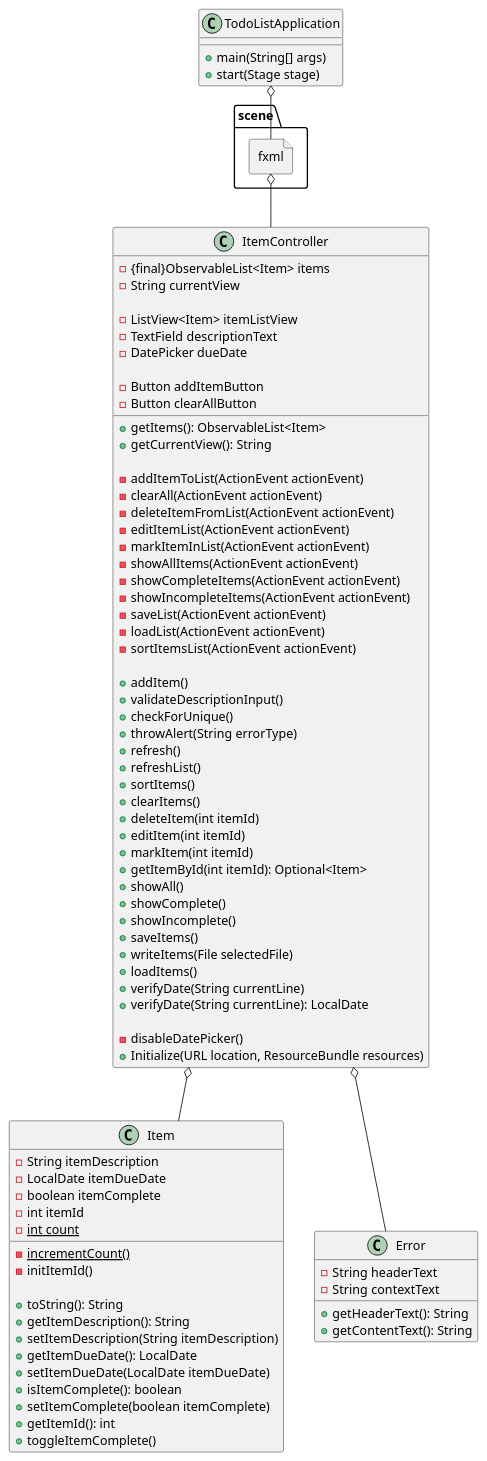
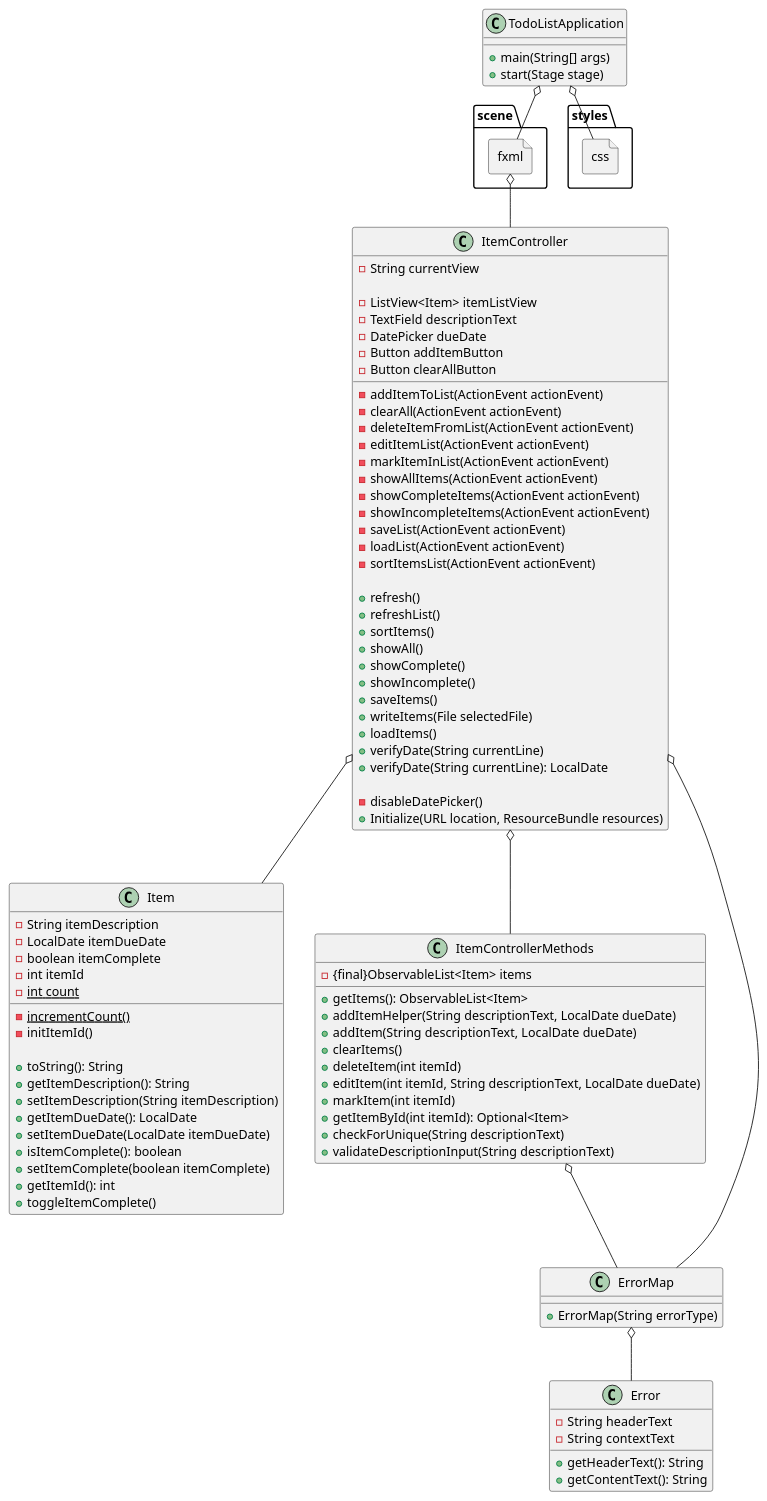
Before and after one commit to nader-fares/fares-app1-impl: the diagram in javafxApp/docs/main.puml, drawn with PlantUML. The commit also changed 21 other files, not shown here.

Commit message:
add class to handle controller logic for extra layer of abstraction, update uml

```diff
--- a/javafxApp/docs/main.puml
+++ b/javafxApp/docs/main.puml
@@ -1,95 +1,104 @@
 @startuml
 'https://plantuml.com/sequence-diagram
 
 class TodoListApplication {
 +main(String[] args)
 +start(Stage stage)
 }
 
 class Item {
 -String itemDescription
 -LocalDate itemDueDate
 -boolean itemComplete
 -int itemId
 -{static}int count
 -{static}incrementCount()
 -initItemId()
 
 +toString(): String
 +getItemDescription(): String
 +setItemDescription(String itemDescription)
 +getItemDueDate(): LocalDate
 +setItemDueDate(LocalDate itemDueDate)
 +isItemComplete(): boolean
 +setItemComplete(boolean itemComplete)
 +getItemId(): int
 +toggleItemComplete()
 }
 
+class ItemControllerMethods {
+-{final}ObservableList<Item> items
++getItems(): ObservableList<Item>
++addItemHelper(String descriptionText, LocalDate dueDate)
++addItem(String descriptionText, LocalDate dueDate)
++clearItems()
++deleteItem(int itemId)
++editItem(int itemId, String descriptionText, LocalDate dueDate)
++markItem(int itemId)
++getItemById(int itemId): Optional<Item>
++checkForUnique(String descriptionText)
++validateDescriptionInput(String descriptionText)
+}
+
 class ItemController {
--{final}ObservableList<Item> items
 -String currentView
 
 -ListView<Item> itemListView
 -TextField descriptionText
 -DatePicker dueDate
-
 -Button addItemButton
 -Button clearAllButton
-
-+getItems(): ObservableList<Item>
-+getCurrentView(): String
 
 -addItemToList(ActionEvent actionEvent)
 -clearAll(ActionEvent actionEvent)
 -deleteItemFromList(ActionEvent actionEvent)
 -editItemList(ActionEvent actionEvent)
 -markItemInList(ActionEvent actionEvent)
 -showAllItems(ActionEvent actionEvent)
 -showCompleteItems(ActionEvent actionEvent)
 -showIncompleteItems(ActionEvent actionEvent)
 -saveList(ActionEvent actionEvent)
 -loadList(ActionEvent actionEvent)
 -sortItemsList(ActionEvent actionEvent)
 
-+addItem()
-+validateDescriptionInput()
-+checkForUnique()
-+throwAlert(String errorType)
 +refresh()
 +refreshList()
 +sortItems()
-+clearItems()
-+deleteItem(int itemId)
-+editItem(int itemId)
-+markItem(int itemId)
-+getItemById(int itemId): Optional<Item>
 +showAll()
 +showComplete()
 +showIncomplete()
 +saveItems()
 +writeItems(File selectedFile)
 +loadItems()
 +verifyDate(String currentLine)
 +verifyDate(String currentLine): LocalDate
 
 -disableDatePicker()
 +Initialize(URL location, ResourceBundle resources)
 }
 
 class Error {
 -String headerText
 -String contextText
 +getHeaderText(): String
 +getContentText(): String
 }
 
+class ErrorMap {
++ErrorMap(String errorType)
+}
+
 file scene.fxml {
 }
-
+file styles.css {
+}
 scene.fxml o-- ItemController
+TodoListApplication o-- styles.css
 TodoListApplication o-- scene.fxml
 ItemController o-- Item
-ItemController o-- Error
+ItemController o-- ErrorMap
+ErrorMap o-- Error
+ItemController o-- ItemControllerMethods
+ItemControllerMethods o-- ErrorMap
 
 @enduml
```
